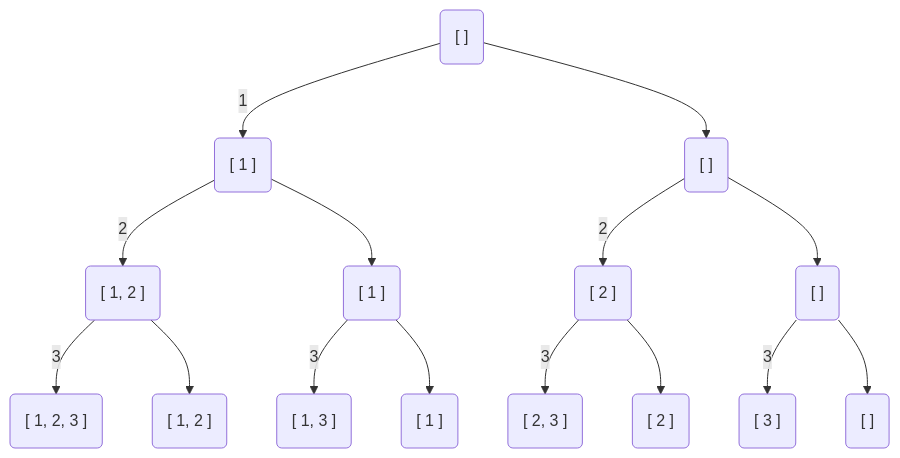
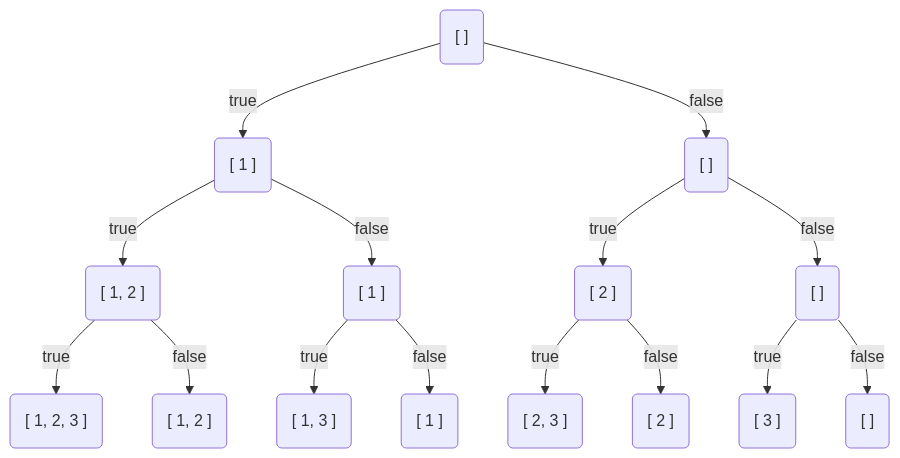
The second of 3 diagrams in apps/blog/pages/coding/algo/backtrack.mdx (wdyjwdy/blog-mono), drawn with Mermaid before and after one commit. The commit also changed other lines of this file, not shown here.

````diff
--- a/apps/blog/pages/coding/algo/backtrack.mdx
+++ b/apps/blog/pages/coding/algo/backtrack.mdx
@@ -45,18 +46,18 @@
 ```mermaid
 flowchart TD
     A("[ ]")
-    A -- 1 --> B("[ 1 ]")
-    A --> C("[ ]")
-    B -- 2 --> D("[ 1, 2 ]")
-    B --> E("[ 1 ]")
-    C -- 2 --> F("[ 2 ]")
-    C --> G("[ ]")
-    D -- 3 --> H("[ 1, 2, 3 ]")
-    D --> I("[ 1, 2 ]")
-    E -- 3 --> J("[ 1, 3 ]")
-    E --> K("[ 1 ]")
-    F -- 3 --> L("[ 2, 3 ]")
-    F --> M("[ 2 ]")
-    G -- 3 --> N("[ 3 ]")
-    G --> O("[ ]")
+    A -- true --> B("[ 1 ]")
+    A -- false --> C("[ ]")
+    B -- true --> D("[ 1, 2 ]")
+    B -- false --> E("[ 1 ]")
+    C -- true --> F("[ 2 ]")
+    C -- false --> G("[ ]")
+    D -- true --> H("[ 1, 2, 3 ]")
+    D -- false --> I("[ 1, 2 ]")
+    E -- true --> J("[ 1, 3 ]")
+    E -- false --> K("[ 1 ]")
+    F -- true --> L("[ 2, 3 ]")
+    F -- false --> M("[ 2 ]")
+    G -- true --> N("[ 3 ]")
+    G -- false --> O("[ ]")
 ```
````
